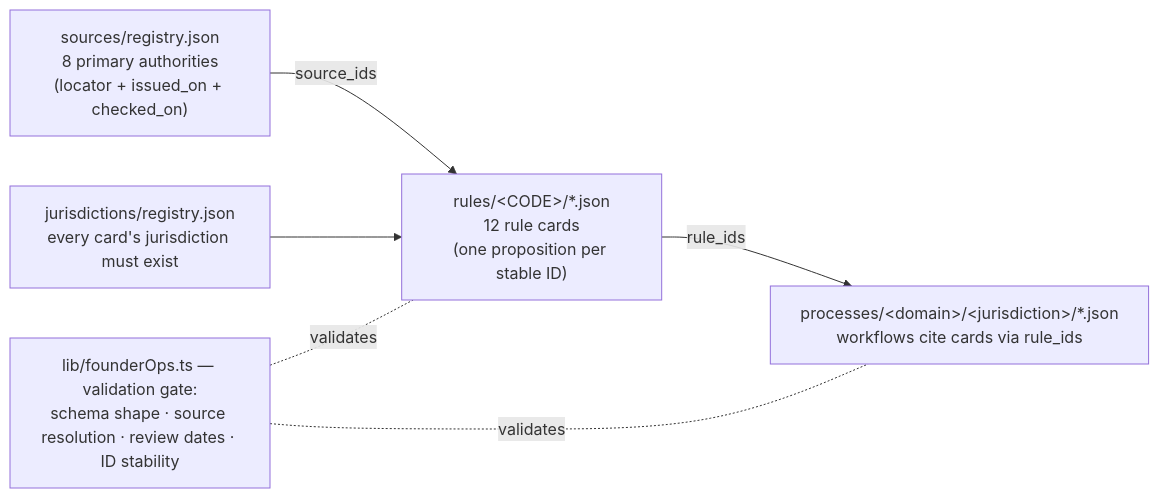
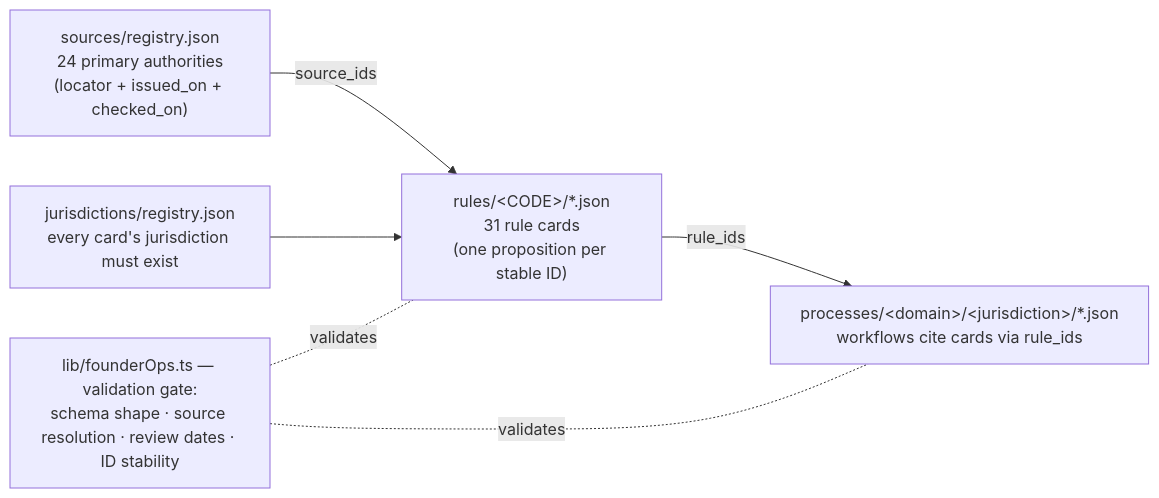
One commit to ultrametricai/productarena changed the diagram in rules/README.md. Above: the diagram before and after it, drawn with Mermaid. The commit also changed other lines of this file and 2 other files, not shown here.

Commit message:
Register the six tax-mechanics modules in business-logic/README.md and root README
Index entries for optionTax, election83b, qsbs, deFranchiseTax, rdCredit, and
payrollTax with their contracts, rule cards, worked-example sources, and
equity-lane input interfaces; root README business-module bullets extended
(no counts or dates there); rules/README.md card/source counts refreshed.

````diff
--- a/rules/README.md
+++ b/rules/README.md
@@ -39,12 +39,12 @@
 ```mermaid
 flowchart LR
-  sources["sources/registry.json<br/>8 primary authorities<br/>(locator + issued_on + checked_on)"]
-  rules["rules/&lt;CODE&gt;/*.json<br/>12 rule cards<br/>(one proposition per stable ID)"]
+  sources["sources/registry.json<br/>24 primary authorities<br/>(locator + issued_on + checked_on)"]
+  rules["rules/&lt;CODE&gt;/*.json<br/>31 rule cards<br/>(one proposition per stable ID)"]
   workflows["processes/&lt;domain&gt;/&lt;jurisdiction&gt;/*.json<br/>workflows cite cards via rule_ids"]
   registry["jurisdictions/registry.json<br/>every card's jurisdiction must exist"]
   sources -->|source_ids| rules -->|rule_ids| workflows
   registry --> rules
   gate["lib/founderOps.ts — validation gate:<br/>schema shape · source resolution · review dates · ID stability"]
   gate -.validates.- rules
   gate -.validates.- workflows
 ```
````
